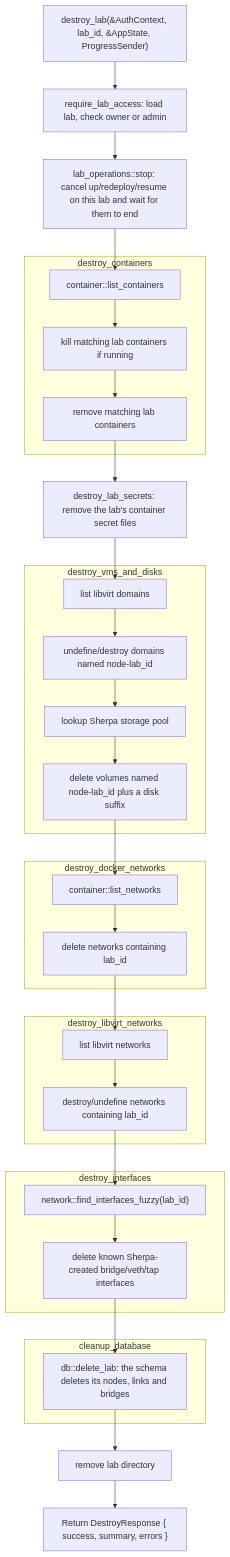
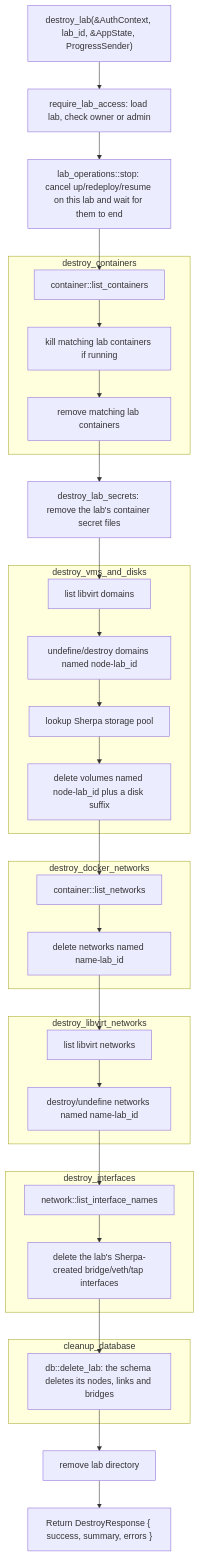
Diagram 15 of 26 in docs/architecture/SERVER.md (bwks/sherpa), drawn with Mermaid before and after one commit. The commit also changed other lines of this file and 31 other files, not shown here.

````diff
--- a/docs/architecture/SERVER.md
+++ b/docs/architecture/SERVER.md
@@ -565,32 +565,32 @@
 ```mermaid
 flowchart TB
     destroylab["destroy_lab(&AuthContext, lab_id, &AppState, ProgressSender)"] --> access["require_lab_access: load lab, check owner or admin"]
     access --> stopops["lab_operations::stop: cancel up/redeploy/resume on this lab and wait for them to end"]
     stopops --> listcontainers
     subgraph containers["destroy_containers"]
         listcontainers["container::list_containers"] --> kill["kill matching lab containers if running"] --> removecontainers["remove matching lab containers"]
     end
     removecontainers --> secrets["destroy_lab_secrets: remove the lab's container secret files"]
     secrets --> listdomains
     subgraph vms["destroy_vms_and_disks"]
         listdomains["list libvirt domains"] --> undefine["undefine/destroy domains named node-lab_id"] --> pool["lookup Sherpa storage pool"] --> volumes["delete volumes named node-lab_id plus a disk suffix"]
     end
     volumes --> listnetworks
     subgraph dockernets["destroy_docker_networks"]
-        listnetworks["container::list_networks"] --> deletenetworks["delete networks containing lab_id"]
+        listnetworks["container::list_networks"] --> deletenetworks["delete networks named name-lab_id"]
     end
     deletenetworks --> listlibvirtnets
     subgraph libvirtnets["destroy_libvirt_networks"]
-        listlibvirtnets["list libvirt networks"] --> undefinenets["destroy/undefine networks containing lab_id"]
+        listlibvirtnets["list libvirt networks"] --> undefinenets["destroy/undefine networks named name-lab_id"]
     end
     undefinenets --> findifaces
     subgraph interfaces["destroy_interfaces"]
-        findifaces["network::find_interfaces_fuzzy(lab_id)"] --> deleteifaces["delete known Sherpa-created bridge/veth/tap interfaces"]
+        findifaces["network::list_interface_names"] --> deleteifaces["delete the lab's Sherpa-created bridge/veth/tap interfaces"]
     end
     deleteifaces --> deletelab
     subgraph database["cleanup_database"]
         deletelab["db::delete_lab: the schema deletes its nodes, links and bridges"]
     end
     deletelab --> removedir["remove lab directory"]
     removedir --> response["Return DestroyResponse { success, summary, errors }"]
 ```
````
